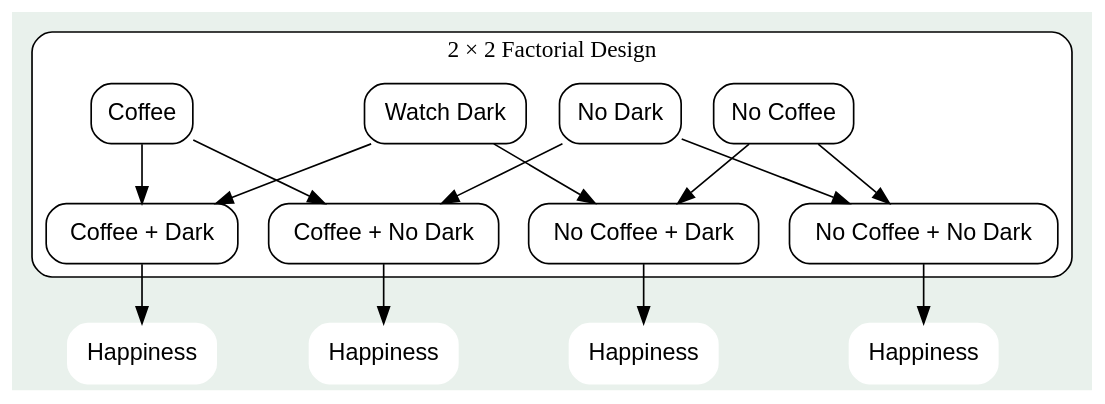
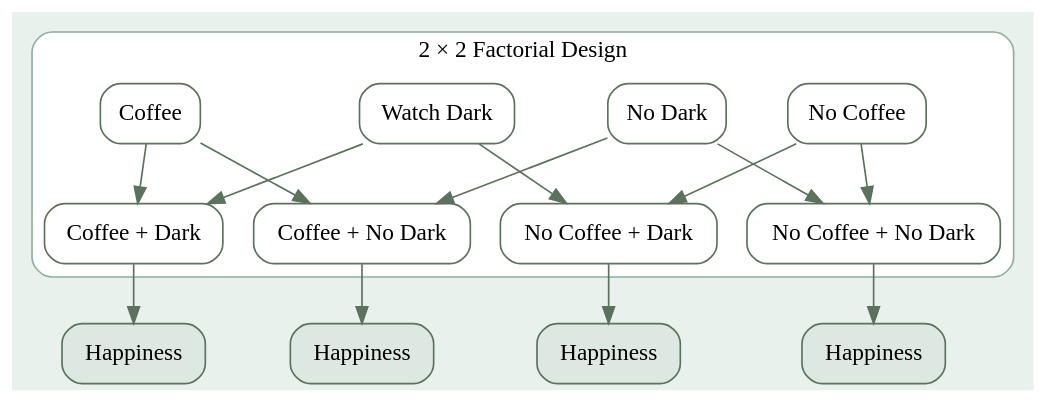
The second of 4 diagrams in lec13fct/lec13fct.qmd (DavidBrocker/348SlideDecks), drawn with Graphviz before and after one commit. The commit also changed other lines of this file and 11 other files, not shown here.

````diff
--- a/lec13fct/lec13fct.qmd
+++ b/lec13fct/lec13fct.qmd
@@ -118,44 +240,44 @@
 ```{dot}
-
 digraph {
-  node [shape = box, style = rounded, fontname = Helvetica]
+  node [shape = box, style = "rounded,filled", fillcolor = "white", color = "#5C715E", fontname = "Fira Sans"]
+  edge [color = "#5C715E"]
   bgcolor = "#E9F1EC"
 
   Coffee [label="Coffee"]
   NoCoffee [label="No Coffee"]
   Dark [label="Watch Dark"]
   NoDark [label="No Dark"]
 
   subgraph cluster_design {
     label = "2 × 2 Factorial Design"
     bgcolor = "white"
     style = rounded
+    color = "#8FAF9E"
 
     CoffeeDark [label="Coffee + Dark"]
     CoffeeNoDark [label="Coffee + No Dark"]
     NoCoffeeDark [label="No Coffee + Dark"]
     NoCoffeeNoDark [label="No Coffee + No Dark"]
 
     Coffee -> CoffeeDark
     Coffee -> CoffeeNoDark
     NoCoffee -> NoCoffeeDark
     NoCoffee -> NoCoffeeNoDark
 
     Dark -> CoffeeDark
     Dark -> NoCoffeeDark
     NoDark -> CoffeeNoDark
     NoDark -> NoCoffeeNoDark
   }
 
-  Happiness1 [label="Happiness", style = "rounded, filled", color = "white"]
-  Happiness2 [label="Happiness", style = "rounded,filled", color = "white"]
-  Happiness3 [label="Happiness", style = "rounded,filled", color = "white"]
-  Happiness4 [label="Happiness", style = "rounded,filled", color = "white"]
-  
+  Happiness1 [label="Happiness", style = "rounded,filled", fillcolor = "#DCE8E1"]
+  Happiness2 [label="Happiness", style = "rounded,filled", fillcolor = "#DCE8E1"]
+  Happiness3 [label="Happiness", style = "rounded,filled", fillcolor = "#DCE8E1"]
+  Happiness4 [label="Happiness", style = "rounded,filled", fillcolor = "#DCE8E1"]
+
   CoffeeDark -> Happiness1
   CoffeeNoDark -> Happiness2
   NoCoffeeDark -> Happiness3
   NoCoffeeNoDark -> Happiness4
- 
 }
 ```
````
